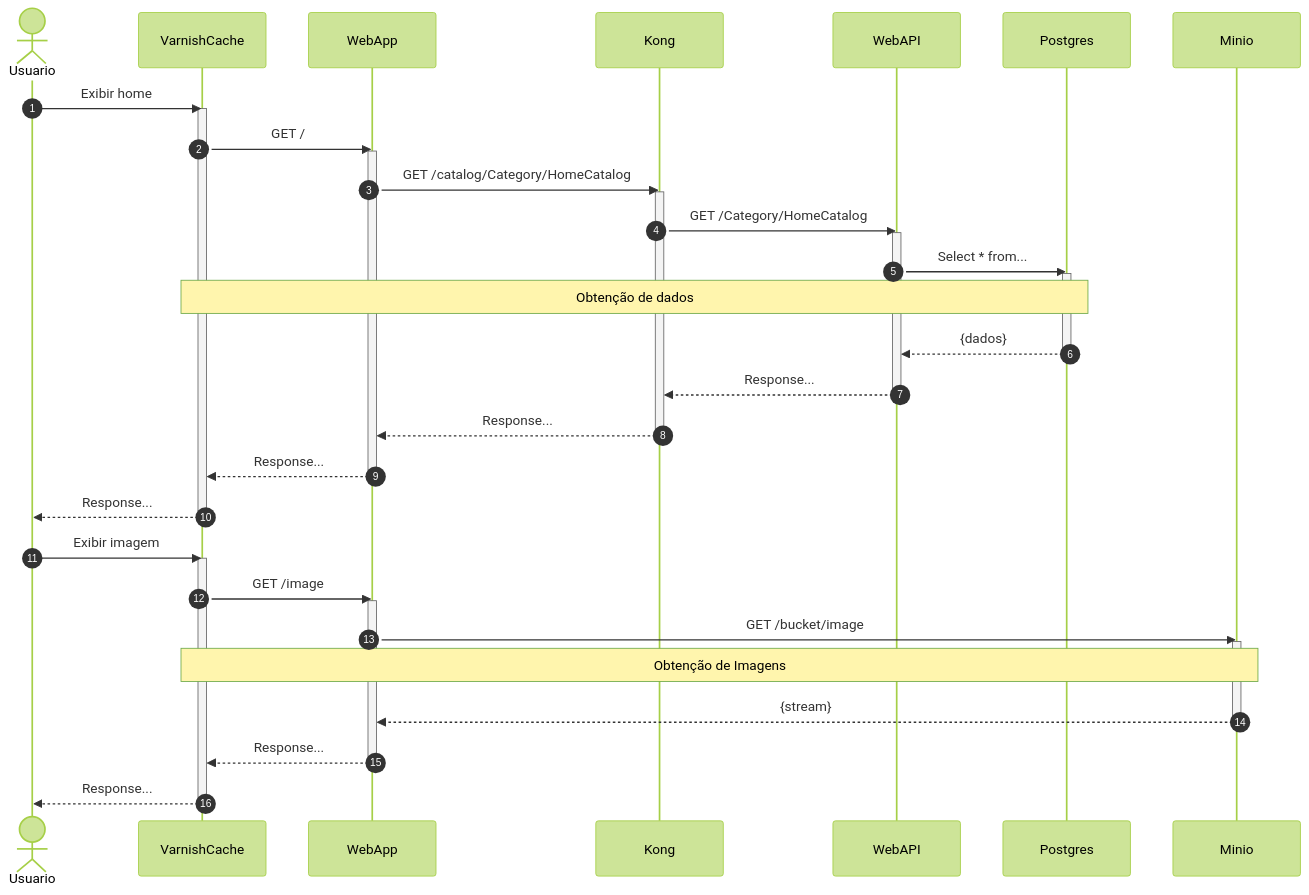
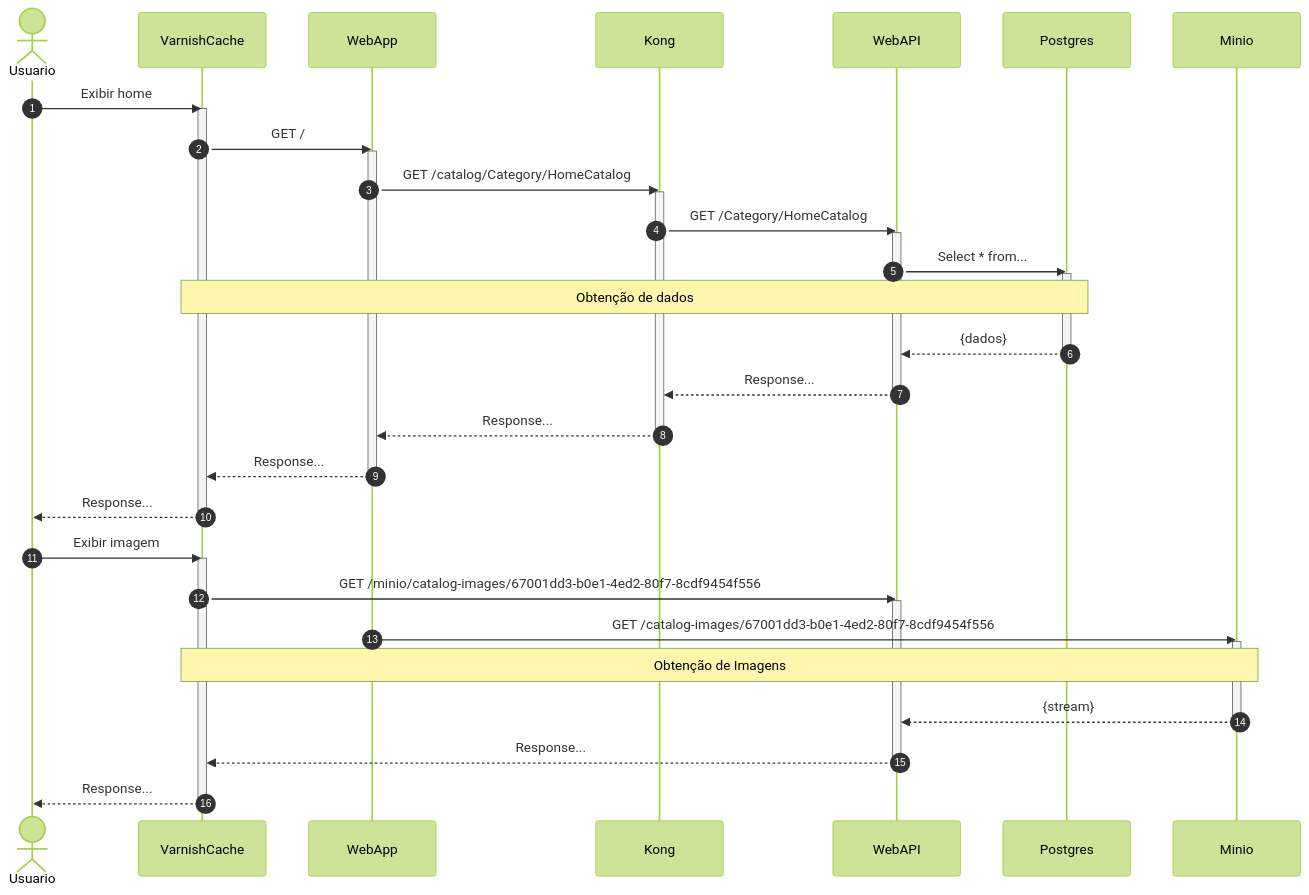
The diagram in README.md (luizcarlosfaria/eshop-cloudnative), drawn with Mermaid (forest theme) before and after one commit.

````diff
--- a/README.md
+++ b/README.md
@@ -56,48 +56,48 @@
 ```mermaid
 sequenceDiagram
     autonumber
     actor Usuario
     participant VarnishCache
     participant WebApp
     participant Kong
     participant WebAPI
     participant Postgres
     participant Minio
     
     Usuario->>VarnishCache: Exibir home
     activate VarnishCache
     VarnishCache->>WebApp: GET /
     activate WebApp
     WebApp->>Kong:  GET /catalog/Category/HomeCatalog
     activate Kong
     Kong->>WebAPI: GET /Category/HomeCatalog
     activate WebAPI
     WebAPI->>Postgres: Select * from...
     activate Postgres
     Note over VarnishCache,Postgres: Obtenção de dados
     Postgres-->>WebAPI: {dados}
     deactivate Postgres
     WebAPI-->>Kong: Response...
     deactivate WebAPI
     Kong-->>WebApp: Response...
     deactivate Kong
     WebApp-->>VarnishCache: Response...    
     deactivate WebApp
     VarnishCache-->>Usuario: Response... 
     deactivate VarnishCache
     
 
     Usuario->>VarnishCache: Exibir imagem
     activate VarnishCache
-    VarnishCache->>WebApp: GET /image
-    activate WebApp
-    WebApp->>Minio:  GET /bucket/image
+    VarnishCache->>WebAPI: GET /minio/catalog-images/67001dd3-b0e1-4ed2-80f7-8cdf9454f556
+    activate WebAPI
+    WebApp->>Minio:  GET /catalog-images/67001dd3-b0e1-4ed2-80f7-8cdf9454f556
     activate Minio
     Note over VarnishCache,Minio: Obtenção de Imagens
-    Minio-->>WebApp: {stream}
+    Minio-->>WebAPI: {stream}
     deactivate Minio
-    WebApp-->>VarnishCache: Response...   
-    deactivate WebApp 
+    WebAPI-->>VarnishCache: Response...   
+    deactivate WebAPI 
     VarnishCache-->>Usuario: Response...  
     deactivate VarnishCache
 ```
````
